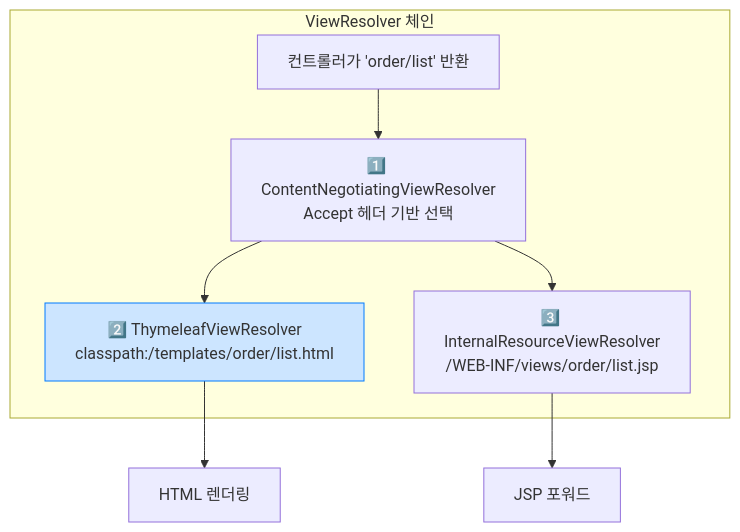
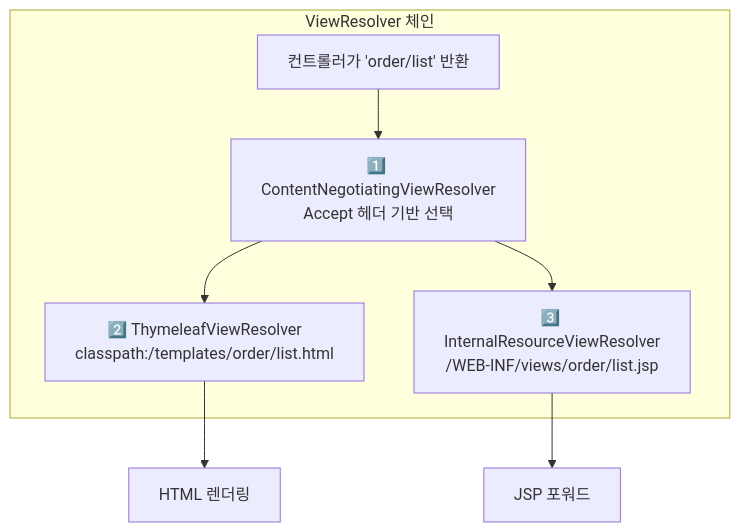
One commit to yjkim2015/yjkim2015.github.io changed the sixth of 14 diagrams in _posts/spring/2026-05-02-spring-mvc-deep.md. Above: the diagram before and after it, drawn with Mermaid. The commit also changed other lines of this file and 215 other files, not shown here.

First line of the commit message:
신규 포스트 10개 추가 + Mermaid 전면 축소 + SystemDesign 시리즈 보강

````diff
--- a/_posts/spring/2026-05-02-spring-mvc-deep.md
+++ b/_posts/spring/2026-05-02-spring-mvc-deep.md
@@ -438,14 +382,10 @@
 ```mermaid
 flowchart TD
     subgraph "ViewResolver 체인"
         A["컨트롤러가 'order/list' 반환"] --> B["1️⃣ ContentNegotiatingViewResolver\nAccept 헤더 기반 선택"]
         B --> C["2️⃣ ThymeleafViewResolver\nclasspath:/templates/order/list.html"]
         B --> D["3️⃣ InternalResourceViewResolver\n/WEB-INF/views/order/list.jsp"]
     end
-
     C --> E["HTML 렌더링"]
     D --> F["JSP 포워드"]
-
-    classDef primary fill:#cce5ff,stroke:#007bff
-    class C primary
 ```
````
